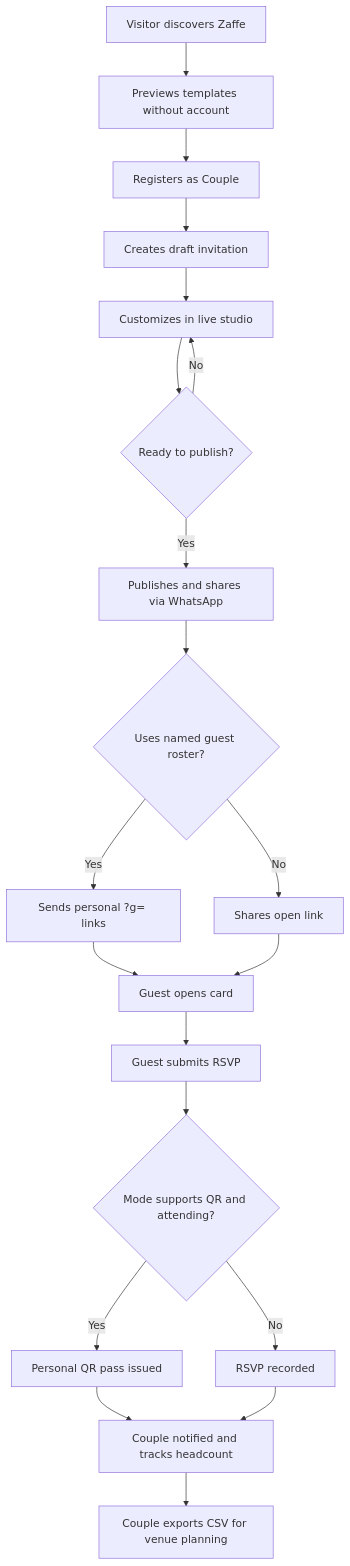
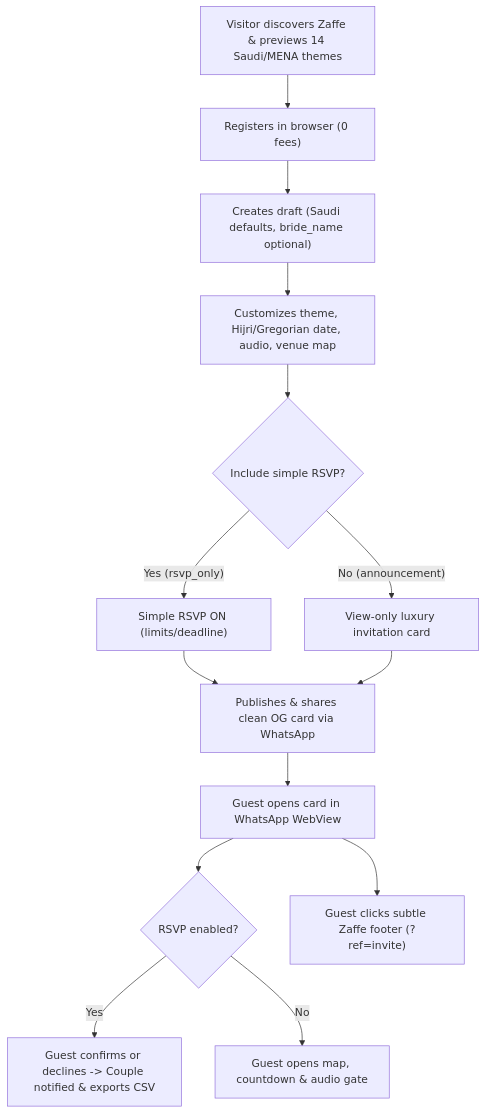
Before and after one commit to mohamedelbalooty/Zaffe: the second of 3 diagrams in docs/business/business-requirements-document.md, drawn with Mermaid. The commit also changed other lines of this file and 7 other files, not shown here.

Commit message:
docs(strategy): propose Saudi-first phased roadmap and reconcile BRD with PO direction (ZAFFE-026)

````diff
--- a/docs/business/business-requirements-document.md
+++ b/docs/business/business-requirements-document.md
@@ -201,22 +185,16 @@
 ```mermaid
 flowchart TD
-    A["Visitor discovers Zaffe"] --> B["Previews templates without account"]
-    B --> C["Registers as Couple"]
-    C --> D["Creates draft invitation"]
-    D --> E["Customizes in live studio"]
-    E --> F{"Ready to publish?"}
-    F -- "No" --> E
-    F -- "Yes" --> G["Publishes and shares via WhatsApp"]
-    G --> H{"Uses named guest roster?"}
-    H -- "Yes" --> I["Sends personal ?g= links"]
-    H -- "No" --> J["Shares open link"]
-    I --> K["Guest opens card"]
-    J --> K
-    K --> L["Guest submits RSVP"]
-    L --> M{"Mode supports QR and attending?"}
-    M -- "Yes" --> N["Personal QR pass issued"]
-    M -- "No" --> O["RSVP recorded"]
-    N --> P["Couple notified and tracks headcount"]
-    O --> P
-    P --> Q["Couple exports CSV for venue planning"]
+    A["Visitor discovers Zaffe & previews 14 Saudi/MENA themes"] --> B["Registers in browser (0 fees)"]
+    B --> C["Creates draft (Saudi defaults, bride_name optional)"]
+    C --> D["Customizes theme, Hijri/Gregorian date, audio, venue map"]
+    D --> E{"Include simple RSVP?"}
+    E -- "Yes (rsvp_only)" --> F["Simple RSVP ON (limits/deadline)"]
+    E -- "No (announcement)" --> G["View-only luxury invitation card"]
+    F --> H["Publishes & shares clean OG card via WhatsApp"]
+    G --> H
+    H --> I["Guest opens card in WhatsApp WebView"]
+    I --> J{"RSVP enabled?"}
+    J -- "Yes" --> K["Guest confirms or declines -> Couple notified & exports CSV"]
+    J -- "No" --> L["Guest opens map, countdown & audio gate"]
+    I --> M["Guest clicks subtle Zaffe footer (?ref=invite)"]
 ```
````
